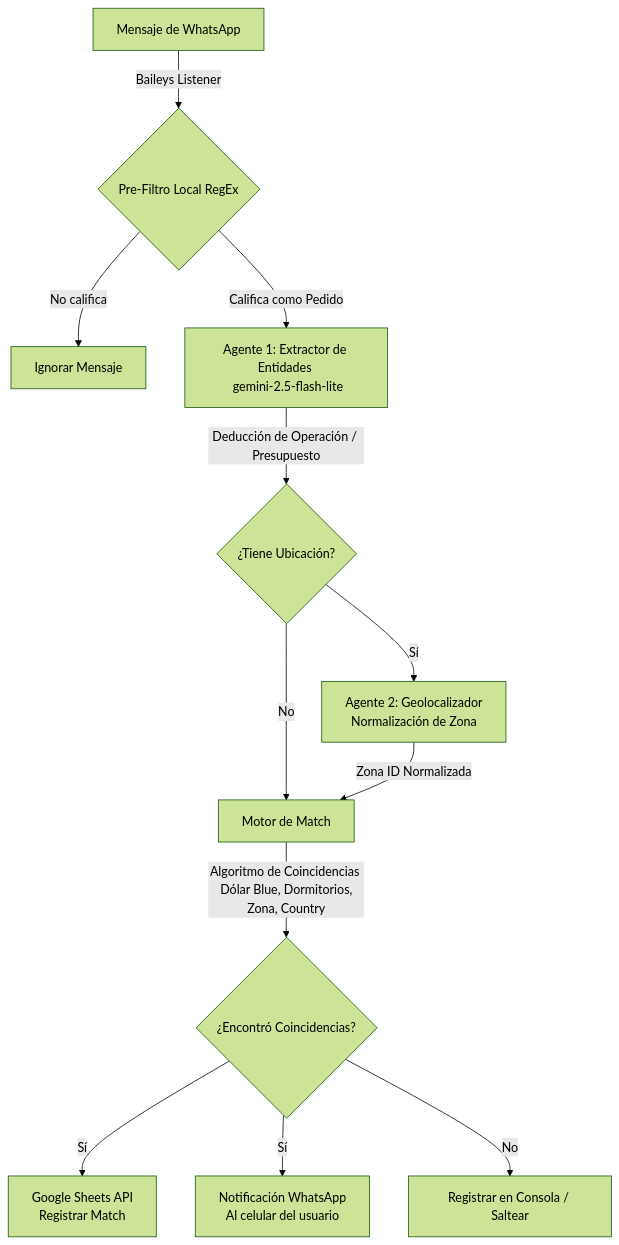
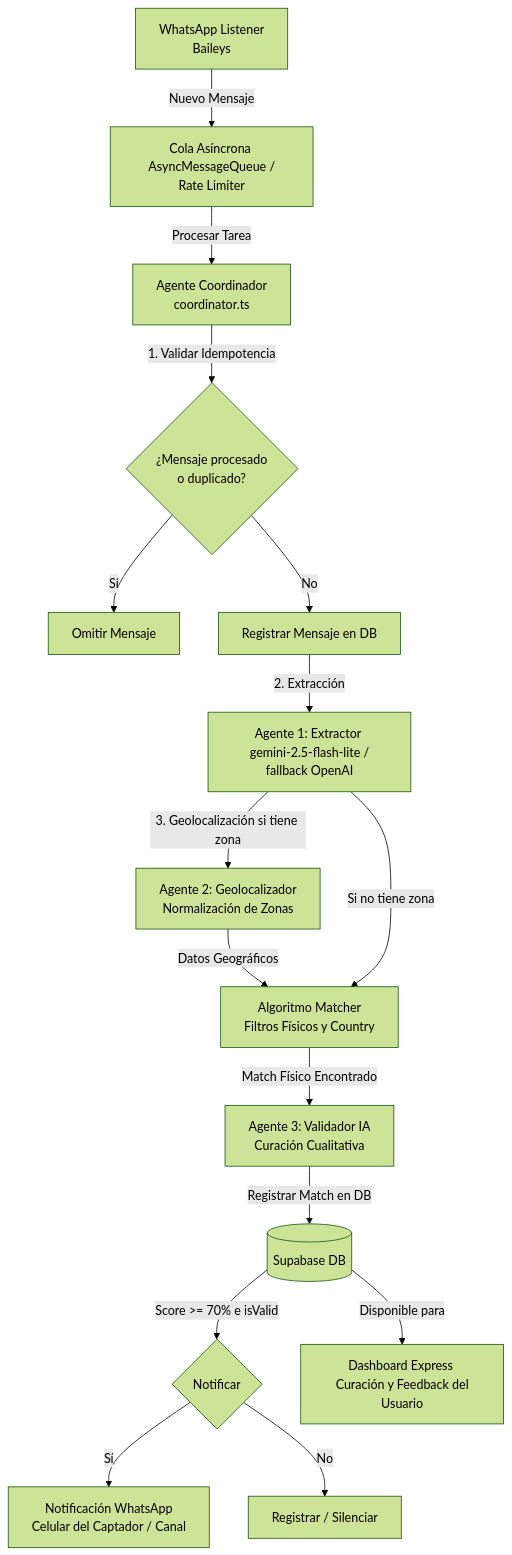
The diagram in project_context.md (rafalobop/matchouse), drawn with Mermaid (forest theme) before and after one commit. The commit also changed other lines of this file and 13 other files, not shown here.

````diff
--- a/project_context.md
+++ b/project_context.md
@@ -15,17 +15,24 @@
 ```mermaid
 graph TD
-    WA[Mensaje de WhatsApp] -->|Baileys Listener| Filter{Pre-Filtro Local RegEx}
-    Filter -->|No califica| Skip[Ignorar Mensaje]
-    Filter -->|Califica como Pedido| Agent1[Agente 1: Extractor de Entidades <br> gemini-2.5-flash-lite]
+    WA[WhatsApp Listener <br> Baileys] -->|Nuevo Mensaje| Queue[Cola Asíncrona <br> AsyncMessageQueue / Rate Limiter]
+    Queue -->|Procesar Tarea| Coord[Agente Coordinador <br> coordinator.ts]
     
-    Agent1 -->|Deducción de Operación / Presupuesto| Agent2{¿Tiene Ubicación?}
-    Agent2 -->|No| Matcher[Motor de Match]
-    Agent2 -->|Sí| Agent2_Geo[Agente 2: Geolocalizador <br> Normalización de Zona]
+    Coord -->|1. Validar Idempotencia| DB_Check{¿Mensaje procesado <br> o duplicado?}
+    DB_Check -->|Sí| Skip[Omitir Mensaje]
     
-    Agent2_Geo -->|Zona ID Normalizada| Matcher
-    Matcher -->|Algoritmo de Coincidencias <br> Dólar Blue, Dormitorios, Zona, Country| Notify{¿Encontró Coincidencias?}
+    DB_Check -->|No| Store_Msg[Registrar Mensaje en DB]
+    Store_Msg -->|2. Extracción| Agent1[Agente 1: Extractor <br> gemini-2.5-flash-lite / fallback OpenAI]
     
-    Notify -->|Sí| Sheets[Google Sheets API <br> Registrar Match]
-    Notify -->|Sí| WA_Send[Notificación WhatsApp <br> Al celular del usuario]
-    Notify -->|No| Log[Registrar en Consola / Saltear]
+    Agent1 -->|3. Geolocalización si tiene zona| Agent2[Agente 2: Geolocalizador <br> Normalización de Zonas]
+    Agent2 -->|Datos Geográficos| Matcher[Algoritmo Matcher <br> Filtros Físicos y Country]
+    Agent1 -->|Si no tiene zona| Matcher
+    
+    Matcher -->|Match Físico Encontrado| Validator[Agente 3: Validador IA <br> Curación Cualitativa]
+    Validator -->|Registrar Match en DB| DB_Match[(Supabase DB)]
+    
+    DB_Match -->|Score >= 70% e isValid| Notify{Notificar}
+    Notify -->|Sí| WA_Send[Notificación WhatsApp <br> Celular del Captador / Canal]
+    Notify -->|No| Log[Registrar / Silenciar]
+    
+    DB_Match -->|Disponible para| Dash[Dashboard Express <br> Curación y Feedback del Usuario]
 ```
````
